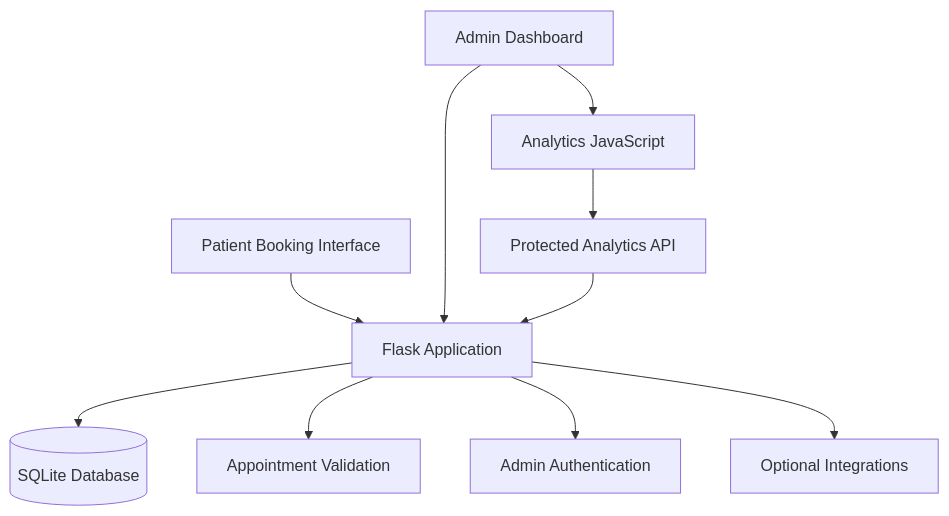
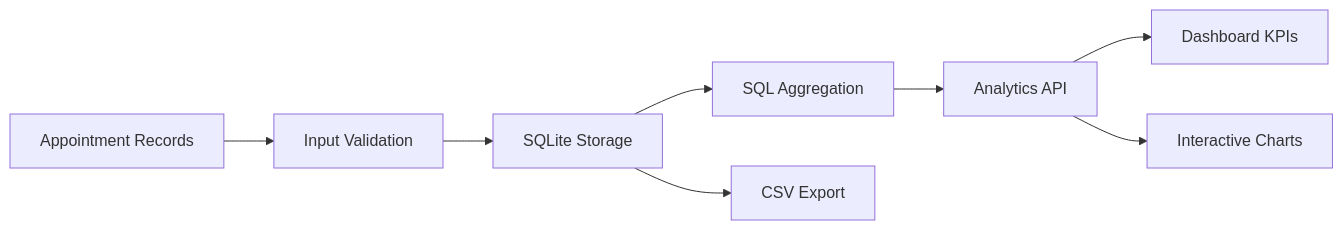
One commit to gangwarharshit037-tech/ClinicFlow-Advanced changed the second of 2 diagrams in README.md. Above: the diagram before and after it, drawn with Mermaid. The commit also changed other lines of this file, not shown here.

Commit message:
docs: finalize professional portfolio README with analytics, security and deployment documentation

````diff
--- a/README.md
+++ b/README.md
@@ -133,12 +173,10 @@
 ```mermaid
-flowchart TD
-    A[Patient Booking Interface] --> B[Flask Application]
-    C[Admin Dashboard] --> B
-    B --> D[(SQLite Database)]
-    B --> E[Appointment Validation]
-    B --> F[Admin Authentication]
-    C --> G[Analytics JavaScript]
-    G --> H[Protected Analytics API]
-    H --> B
-    B --> I[Optional Integrations]
+flowchart LR
+    A[Appointment Records] --> B[Input Validation]
+    B --> C[SQLite Storage]
+    C --> D[SQL Aggregation]
+    D --> E[Analytics API]
+    E --> F[Dashboard KPIs]
+    E --> G[Interactive Charts]
+    C --> H[CSV Export]
 ```
````
